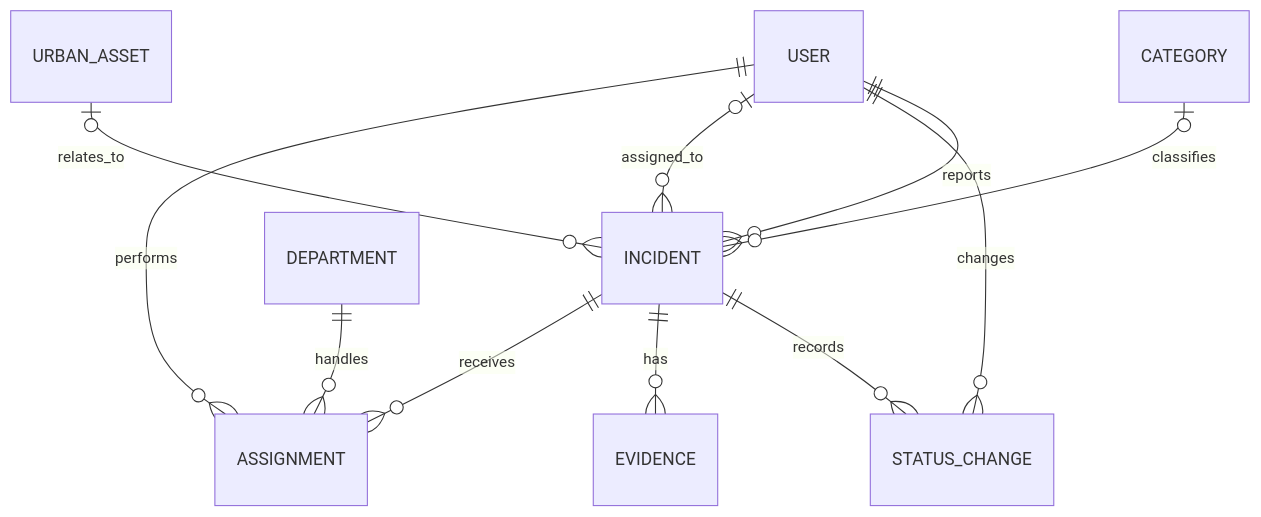
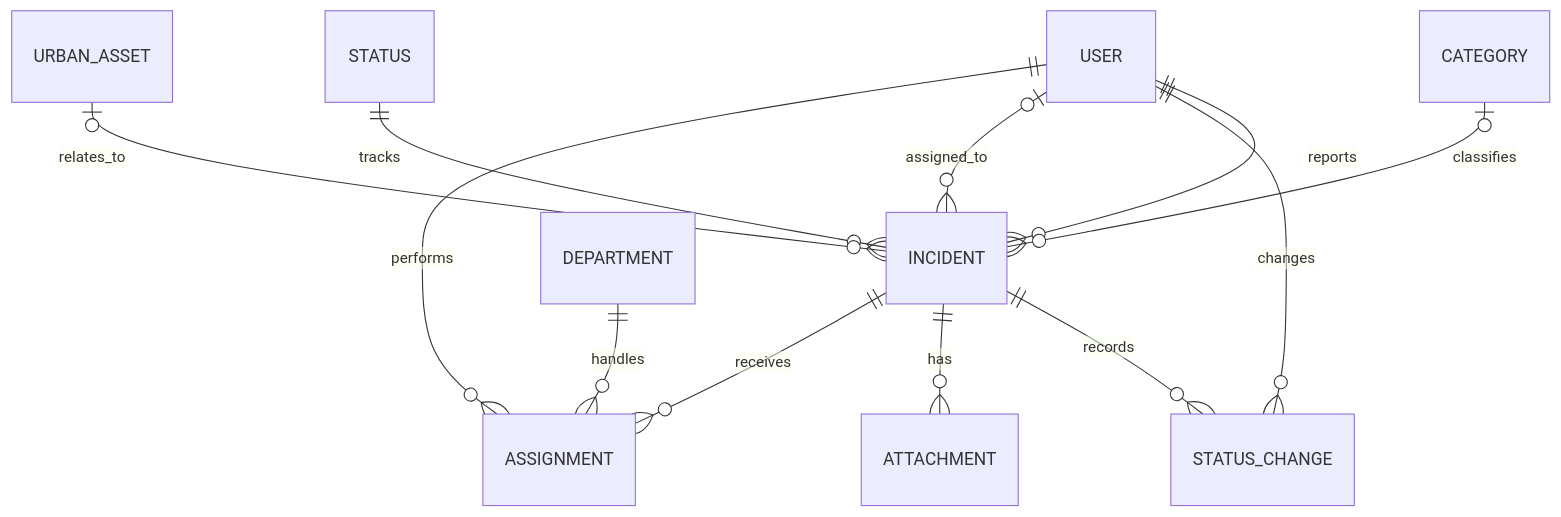
The third of 3 diagrams in docs/architecture.md (grupo-14-UMA/urbanpulse-incident-manager), drawn with Mermaid before and after one commit. The commit also changed other lines of this file and 43 other files, not shown here.

````diff
--- a/docs/architecture.md
+++ b/docs/architecture.md
@@ -170,13 +176,14 @@
 ```mermaid
 erDiagram
     USER ||--o{ INCIDENT : reports
     CATEGORY o|--o{ INCIDENT : classifies
+    STATUS ||--o{ INCIDENT : tracks
     INCIDENT ||--o{ STATUS_CHANGE : records
     USER ||--o{ STATUS_CHANGE : changes
     USER o|--o{ INCIDENT : assigned_to
-    INCIDENT ||--o{ EVIDENCE : has
+    INCIDENT ||--o{ ATTACHMENT : has
     INCIDENT ||--o{ ASSIGNMENT : receives
     DEPARTMENT ||--o{ ASSIGNMENT : handles
     USER ||--o{ ASSIGNMENT : performs
     URBAN_ASSET o|--o{ INCIDENT : relates_to
 ```
````
